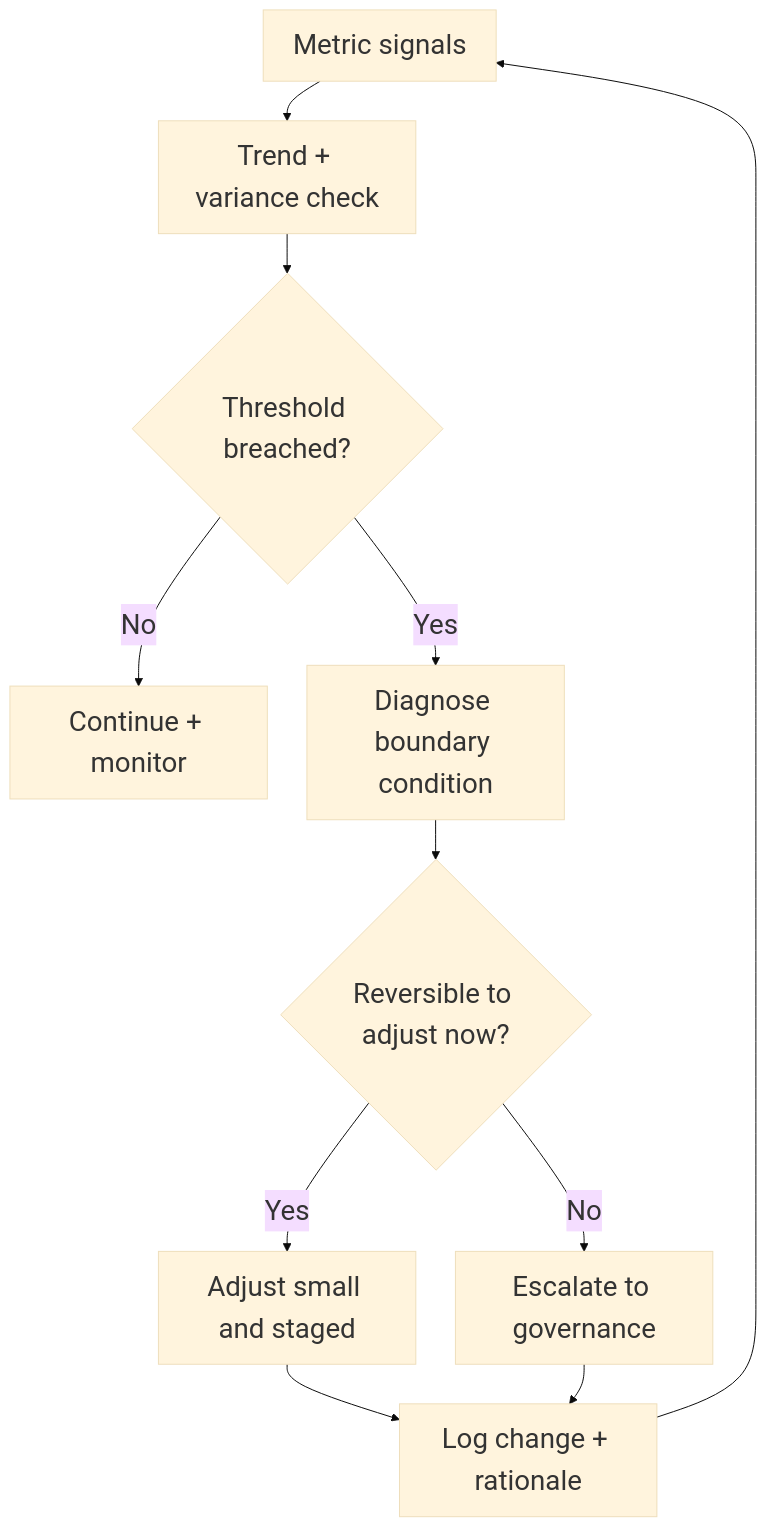
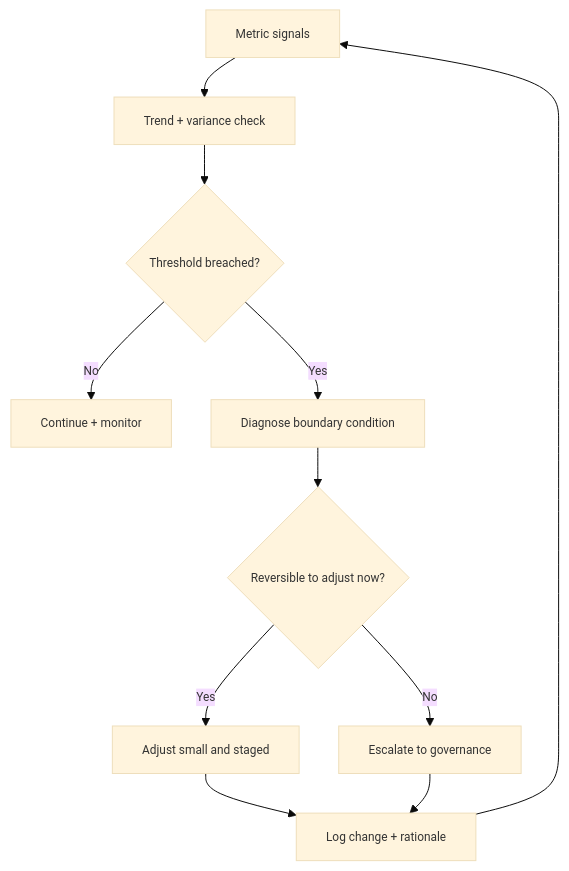
Before and after one commit to micro-canvas-framework/micro-canvas-framework.github.io: the diagram in docs/book/phase-4/29-GrowthMetricsAdjustment.md, drawn with Mermaid. The commit also changed 23 other files, not shown here.

Commit message:
docs(book): normalize mermaid font size to 12px

````diff
--- a/docs/book/phase-4/29-GrowthMetricsAdjustment.md
+++ b/docs/book/phase-4/29-GrowthMetricsAdjustment.md
@@ -64,17 +64,17 @@
 ```mermaid
-%%{init: {"theme":"base","flowchart":{"nodeSpacing":40,"rankSpacing":40},"themeVariables":{"fontSize":"28px"}} }%%
+%%{init: {"theme":"base","flowchart":{"nodeSpacing":40,"rankSpacing":40},"themeVariables":{"fontSize":"12px"}} }%%
 flowchart TB
   A[Metric signals] --> B[Trend + variance check]
   B --> C{Threshold breached?}
 
   C -- No --> D[Continue + monitor]
   C -- Yes --> E[Diagnose boundary condition]
   E --> F{Reversible to adjust now?}
 
   F -- Yes --> G[Adjust small and staged]
   F -- No --> H[Escalate to governance]
 
   G --> I[Log change + rationale]
   H --> I
   I --> A
 ```
````
